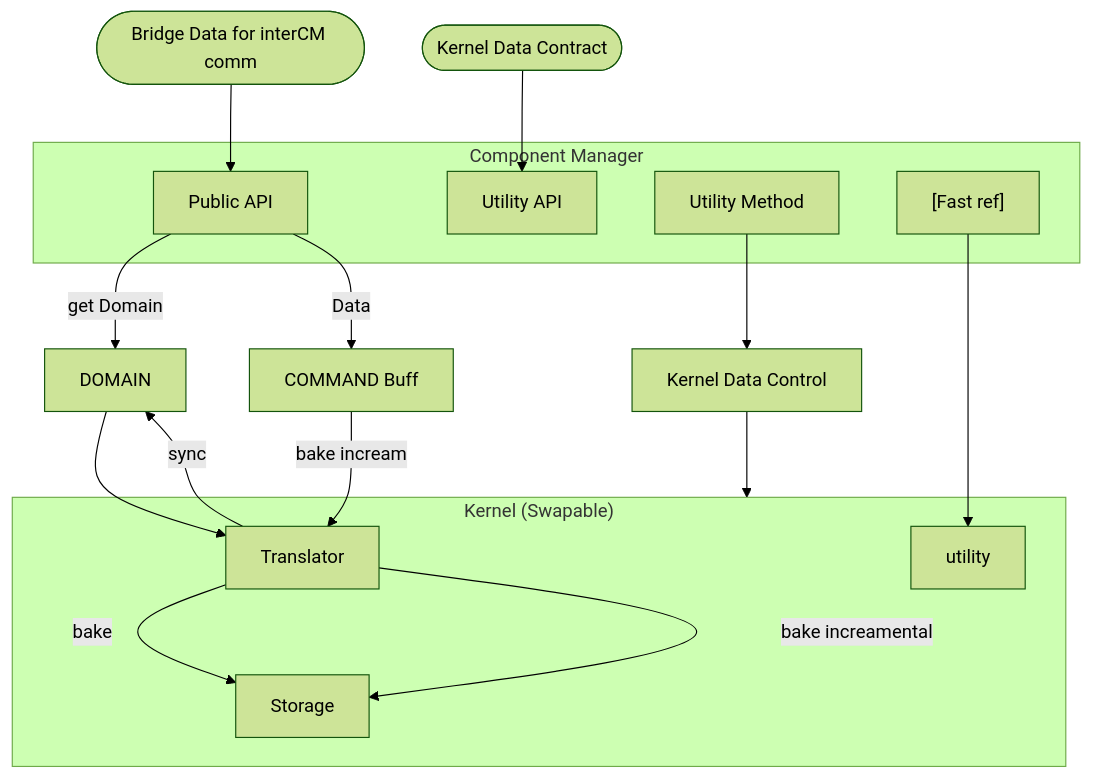
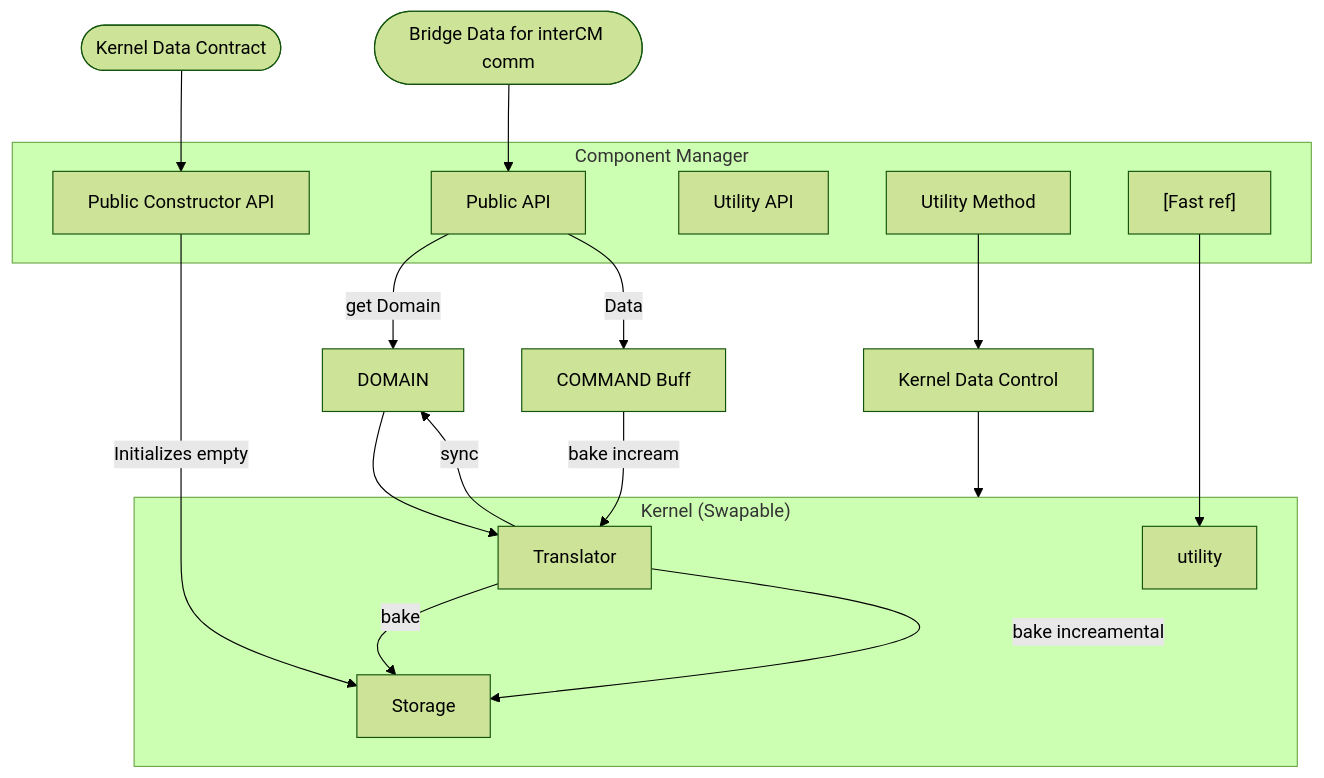
The diagram in README.md (ckCrimson/discrete-state-engine), drawn with Mermaid (forest theme) before and after one commit.

Commit message:
Add Constructor to Component Manager in README
Updated Component Manager block to include Constructor and initialization details.

````diff
--- a/README.md
+++ b/README.md
@@ -74,50 +74,54 @@
 ```mermaid
 flowchart TD
     %% External Inputs
     Bridge(["Bridge Data for interCM comm"])
     Contract(["Kernel Data Contract"])
 
     %% Component Manager Block
     subgraph Component Manager ["Component Manager"]
+        Constructor["Public Constructor API"]
         PublicAPI["Public API"]
         UtilAPI["Utility API"]
         UtilMethod["Utility Method"]
         FastRef["[Fast ref]"]
     end
 
     %% Middle Layer
     Domain["DOMAIN"]
     CmdBuff["COMMAND Buff"]
     KDC["Kernel Data Control"]
 
     %% Kernel Block
     subgraph Kernel ["Kernel (Swapable)"]
         Translator["Translator"]
         Utility["utility"]
         Storage["Storage"]
     end
 
     %% Inputs to CM
     Bridge --> PublicAPI
-    Contract --> UtilAPI
+    Contract --> Constructor
+
+    %% Initialization
+    Constructor -- "Initializes empty" --> Storage
 
     %% CM to Middle Layer
     PublicAPI -- "get Domain" --> Domain
     PublicAPI -- "Data" --> CmdBuff
     UtilMethod --> KDC
 
     %% Middle Layer to Kernel
     KDC --> Kernel
     CmdBuff -- "bake incream" --> Translator
     
     %% Domain <--> Translator Loop
     Domain --> Translator
     Translator -- "sync" --> Domain
 
     %% Fast Ref to Utility
     FastRef --> Utility
 
     %% Internal Kernel Routing
     Translator -- "bake" --> Storage
     Translator -- "bake increamental" --> Storage
 ```
````
